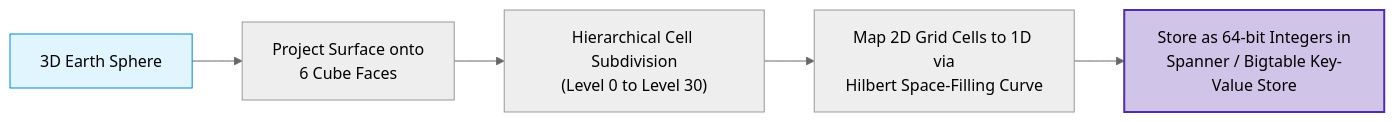
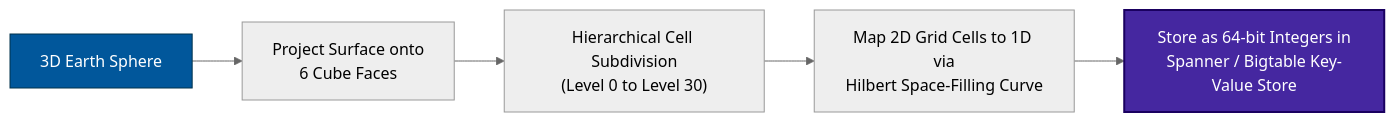
Before and after one commit to riyaz-pasha/Learnings: the seventh of 20 diagrams in system-design/HLD/0-course/28-Design Google Maps-FAANG-Guide-story.md, drawn with Mermaid (neutral theme). The commit also changed other lines of this file and 1 other file, not shown here.

First line of the commit message:
[HLD] Make Google Maps guide mermaid diagram colors theme-safe

````diff
--- a/system-design/HLD/0-course/28-Design Google Maps-FAANG-Guide-story.md
+++ b/system-design/HLD/0-course/28-Design Google Maps-FAANG-Guide-story.md
@@ -425,10 +425,10 @@
 ```mermaid
 flowchart LR
     A["3D Earth Sphere"] --> B["Project Surface onto<br/>6 Cube Faces"]
     B --> C["Hierarchical Cell Subdivision<br/>(Level 0 to Level 30)"]
     C --> D["Map 2D Grid Cells to 1D via<br/>Hilbert Space-Filling Curve"]
     D --> E["Store as 64-bit Integers in<br/>Spanner / Bigtable Key-Value Store"]
 
-    style A fill:#e1f5fe,stroke:#0288d1
-    style E fill:#d1c4e9,stroke:#512da8,stroke-width:2px
+    style A fill:#01579b,stroke:#00324d,color:#ffffff
+    style E fill:#4527a0,stroke:#1a0060,color:#ffffff,stroke-width:2px
 ```
````
